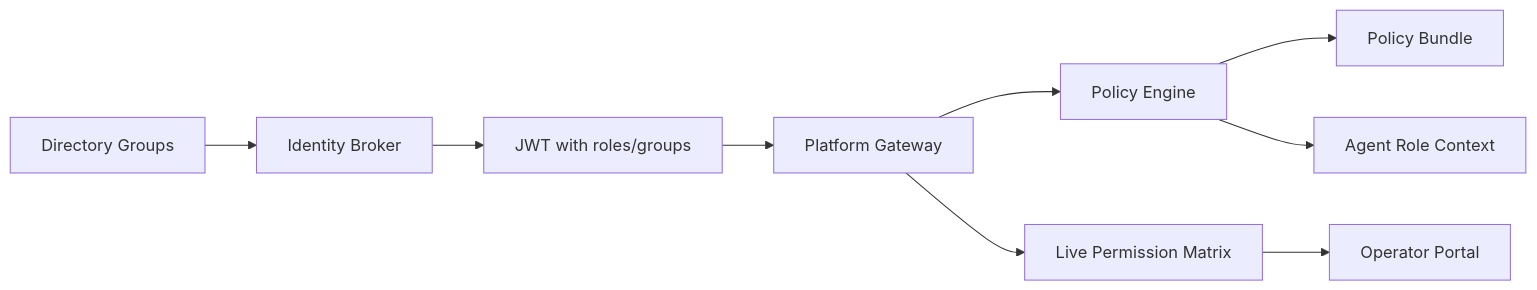
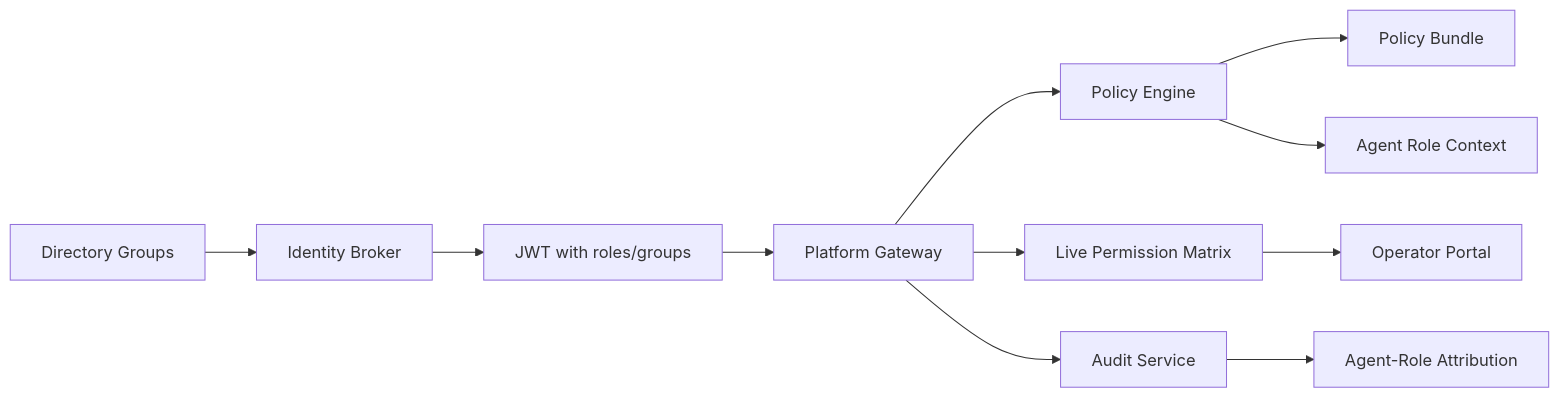
The fifth of 5 diagrams in .qoder/repowiki/en/content/Security and Authorization/Authorization Policies/Authorization Matrix.md (metasync/luban-aiops), drawn with Mermaid before and after one commit. The commit also changed other lines of this file and 219 other files, not shown here.

````diff
--- a/.qoder/repowiki/en/content/Security and Authorization/Authorization Policies/Authorization Matrix.md
+++ b/.qoder/repowiki/en/content/Security and Authorization/Authorization Policies/Authorization Matrix.md
@@ -362,11 +399,13 @@
 ```mermaid
 graph LR
 Groups["Directory Groups"] --> Broker["Identity Broker"]
 Broker --> Token["JWT with roles/groups"]
 Token --> Gateway["Platform Gateway"]
 Gateway --> Engine["Policy Engine"]
 Engine --> Bundle["Policy Bundle"]
 Engine --> AgentRole["Agent Role Context"]
 Gateway --> Matrix["Live Permission Matrix"]
 Matrix --> Portal["Operator Portal"]
+Gateway --> Audit["Audit Service"]
+Audit --> Attribution["Agent-Role Attribution"]
 ```
````
